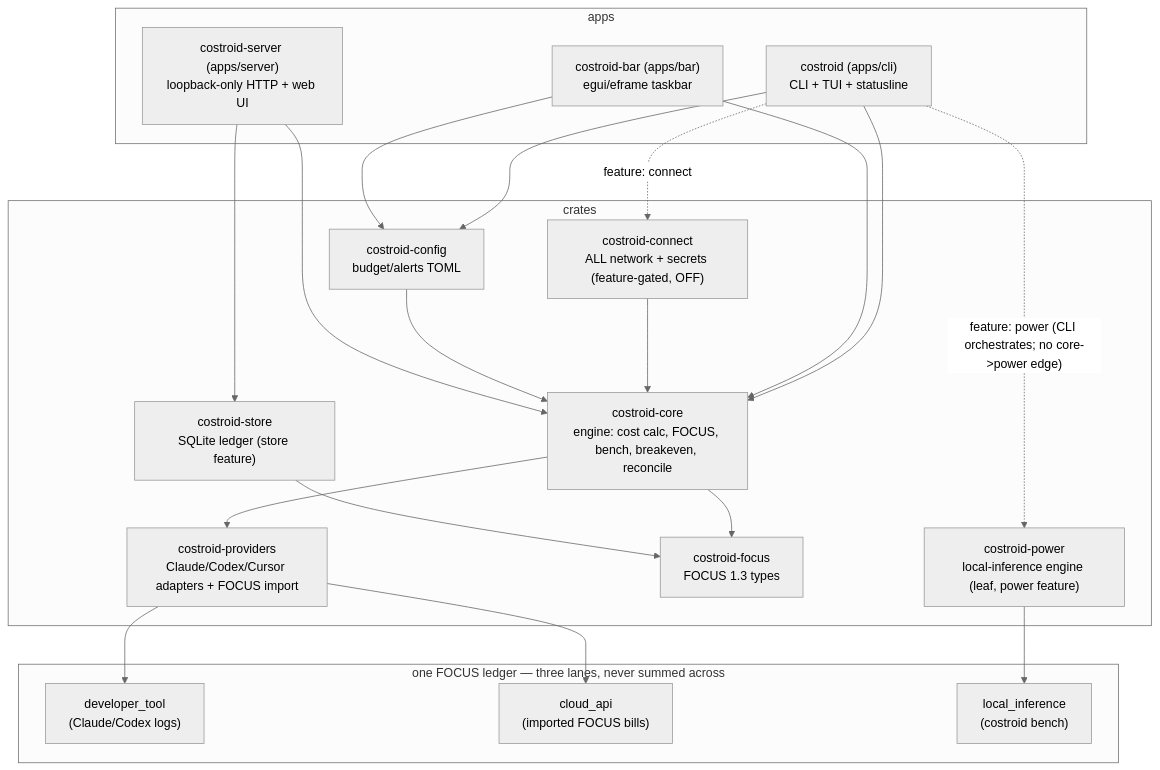
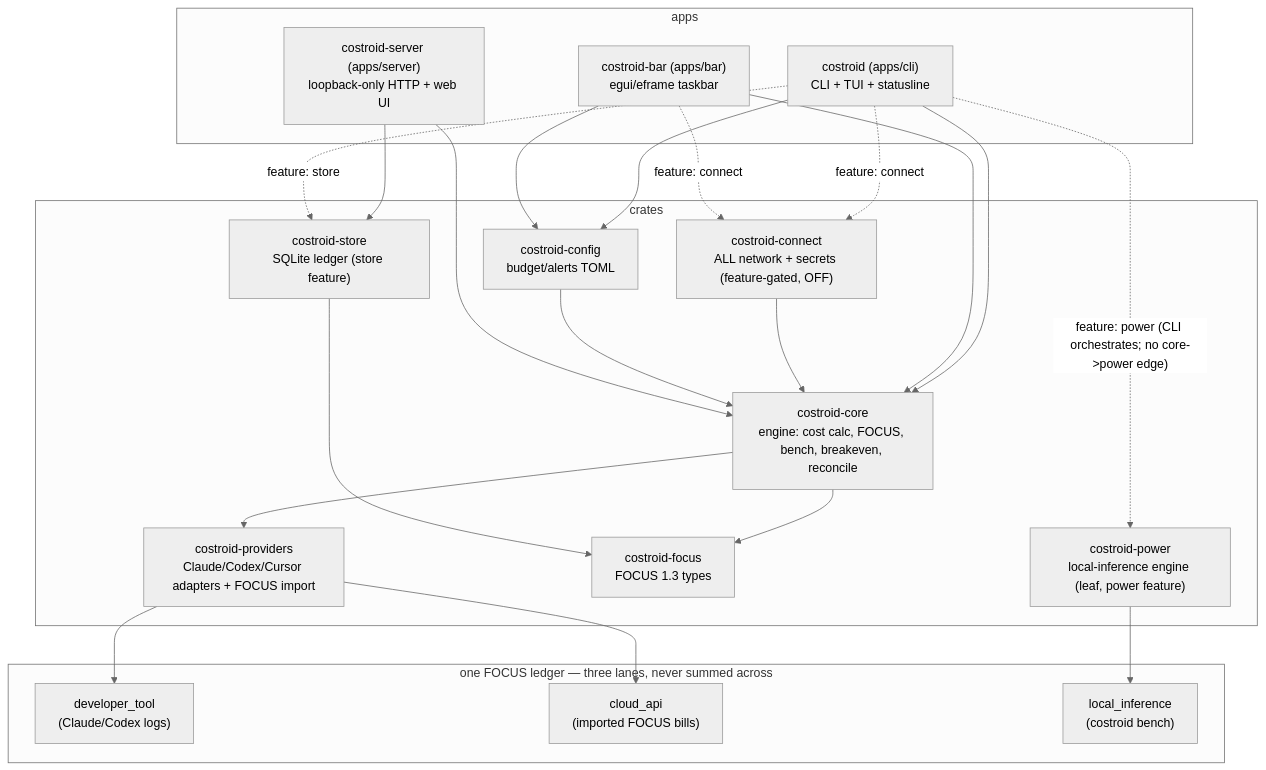
One commit to Costroid/costroid changed the diagram in README.md. Above: the diagram before and after it, drawn with Mermaid (neutral theme). The commit also changed 1 other file, not shown here.

Commit message:
docs: M6 docs-cluster fold-in (M1) — add the two missing optional crate edges
Review fold-in (MEDIUM), doc-only: the README Mermaid diagram + ARCHITECTURE
§10.1 drew the CLI's optional `connect`/`power` feature edges but omitted two
real optional edges in the actual Cargo.toml graph:
- `apps/cli` → `costroid-store` under the off-by-default `store` feature
- `apps/bar` → `costroid-connect` under the off-by-default `connect` feature
  (the read-only Providers display)
Both added as dotted feature edges in the Mermaid diagram and noted in §10.1.
Every edge already drawn was correct (no `core→power`); these were omissions,
not contradictions. docs_presence 4/4 + check_doc_stamps green.

````diff
--- a/README.md
+++ b/README.md
@@ -127,40 +127,42 @@
 ```mermaid
 flowchart TD
   subgraph apps["apps"]
     cli["costroid (apps/cli)<br/>CLI + TUI + statusline"]
     bar["costroid-bar (apps/bar)<br/>egui/eframe taskbar"]
     server["costroid-server (apps/server)<br/>loopback-only HTTP + web UI"]
   end
   subgraph crates["crates"]
     core["costroid-core<br/>engine: cost calc, FOCUS, bench, breakeven, reconcile"]
     providers["costroid-providers<br/>Claude/Codex/Cursor adapters + FOCUS import"]
     focus["costroid-focus<br/>FOCUS 1.3 types"]
     config["costroid-config<br/>budget/alerts TOML"]
     connect["costroid-connect<br/>ALL network + secrets (feature-gated, OFF)"]
     power["costroid-power<br/>local-inference engine (leaf, power feature)"]
     store["costroid-store<br/>SQLite ledger (store feature)"]
   end
 
   cli --> core
   cli --> config
   bar --> core
   bar --> config
   cli -. "feature: connect" .-> connect
+  bar -. "feature: connect" .-> connect
   connect --> core
   core --> providers
   core --> focus
   config --> core
   server --> core
   server --> store
   store --> focus
   cli -. "feature: power (CLI orchestrates; no core->power edge)" .-> power
+  cli -. "feature: store" .-> store
 
   subgraph lanes["one FOCUS ledger — three lanes, never summed across"]
     dev["developer_tool<br/>(Claude/Codex logs)"]
     cloud["cloud_api<br/>(imported FOCUS bills)"]
     local["local_inference<br/>(costroid bench)"]
   end
   providers --> dev
   providers --> cloud
   power --> local
 ```
````
